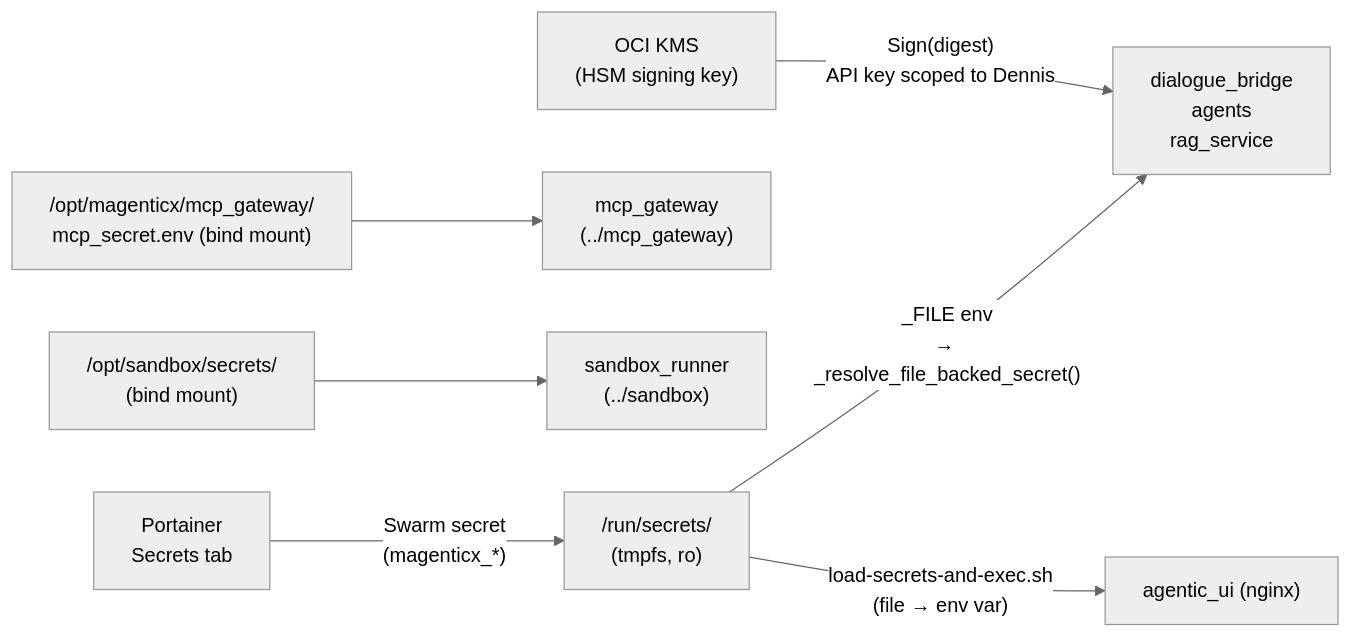
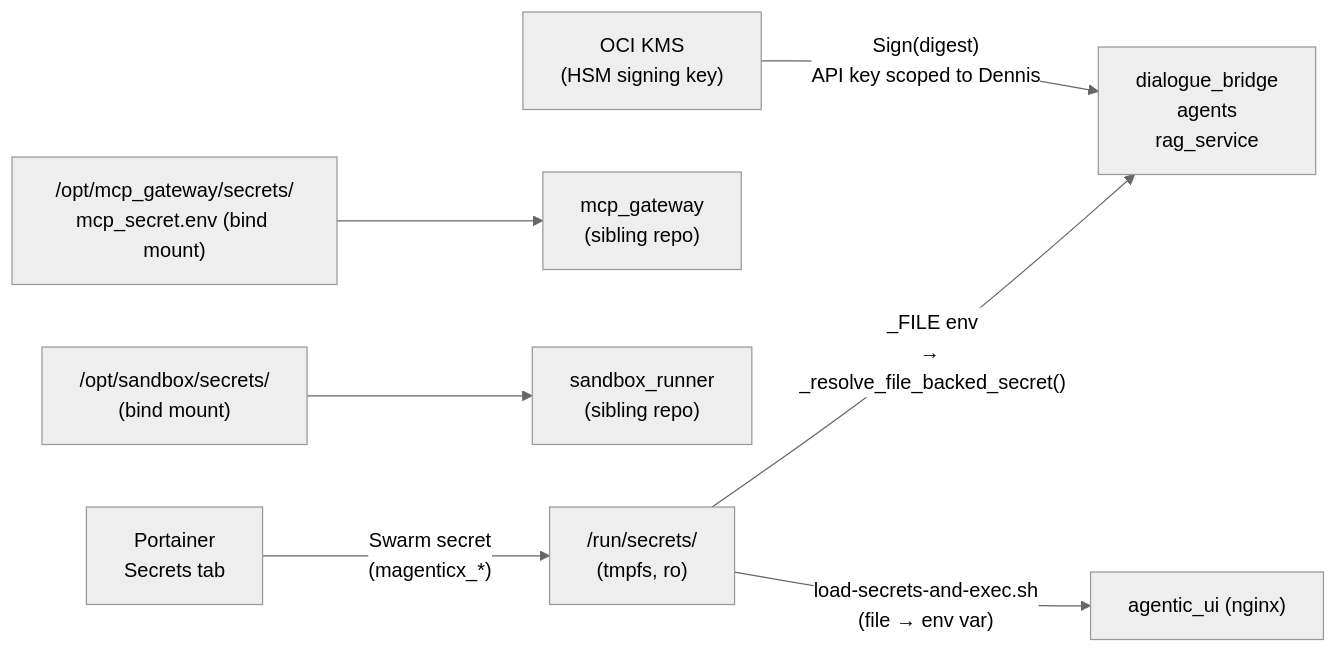
The diagram in docs/architecture/secrets.md (konstantinosmpouros/mAgenticX), drawn with Mermaid (neutral theme) before and after one commit. The commit also changed other lines of this file and 26 other files, not shown here.

````diff
--- a/docs/architecture/secrets.md
+++ b/docs/architecture/secrets.md
@@ -9,9 +9,9 @@
 ```mermaid
 flowchart LR
-    Portainer["Portainer\nSecrets tab"] -->|"Swarm secret\n(magenticx_*)"| Tmpfs["/run/secrets/<alias>\n(tmpfs, ro)"]
-    Tmpfs -->|"<NAME>_FILE env\n→ _resolve_file_backed_secret()"| Py["dialogue_bridge\nagents\nrag_service"]
-    Tmpfs -->|"load-secrets-and-exec.sh\n(file → env var)"| Nginx["agentic_ui (nginx)"]
-    File["/opt/magenticx/mcp_gateway/\nmcp_secret.env (bind mount)"] --> Gw["mcp_gateway\n(../mcp_gateway)"]
-    SbFile["/opt/sandbox/secrets/\n(bind mount)"] --> Sb["sandbox_runner\n(../sandbox)"]
-    KMS["OCI KMS\n(HSM signing key)"] -->|"Sign(digest)\nAPI key scoped to Dennis"| Py
+    Portainer["Portainer<br/>Secrets tab"] -->|"Swarm secret<br/>(magenticx_*)"| Tmpfs["/run/secrets/<alias><br/>(tmpfs, ro)"]
+    Tmpfs -->|"<NAME>_FILE env<br/>→ _resolve_file_backed_secret()"| Py["dialogue_bridge<br/>agents<br/>rag_service"]
+    Tmpfs -->|"load-secrets-and-exec.sh<br/>(file → env var)"| Nginx["agentic_ui (nginx)"]
+    File["/opt/mcp_gateway/secrets/<br/>mcp_secret.env (bind mount)"] --> Gw["mcp_gateway<br/>(sibling repo)"]
+    SbFile["/opt/sandbox/secrets/<br/>(bind mount)"] --> Sb["sandbox_runner<br/>(sibling repo)"]
+    KMS["OCI KMS<br/>(HSM signing key)"] -->|"Sign(digest)<br/>API key scoped to Dennis"| Py
 ```
````
